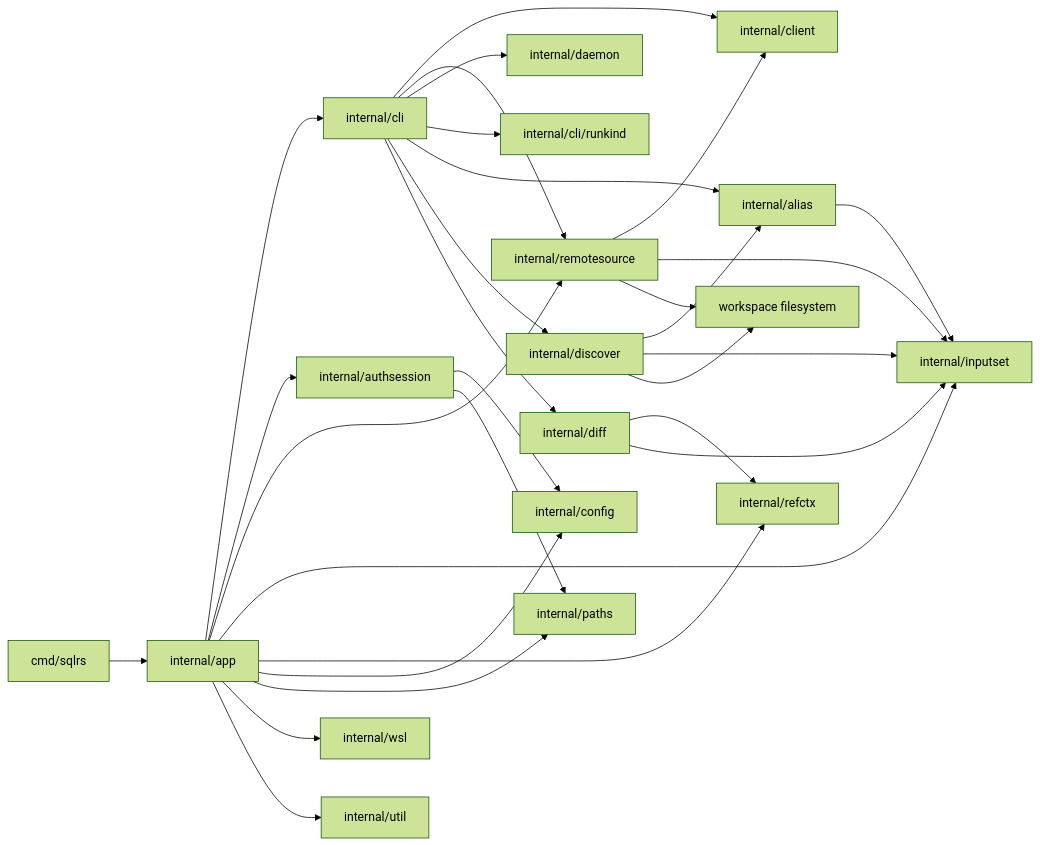
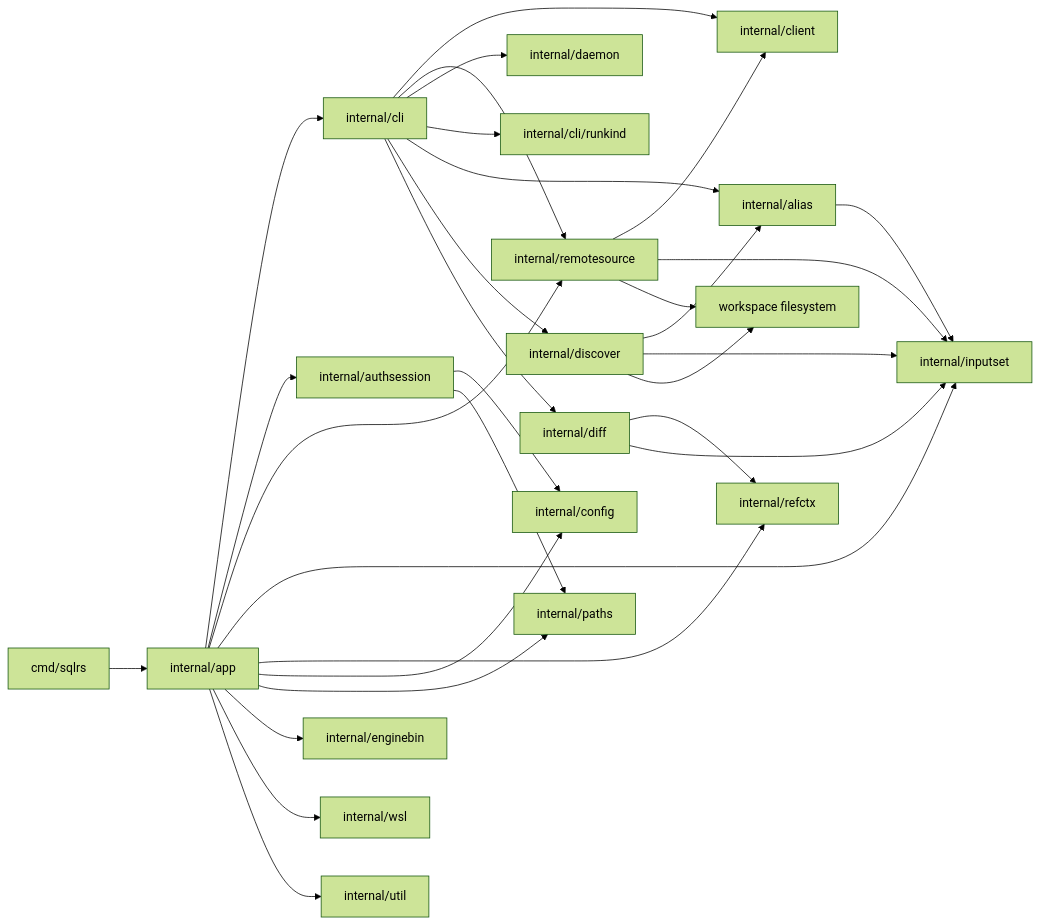
One commit to kimak-irmagi/sqlrs changed the diagram in docs/architecture/cli-component-structure.RU.md. Above: the diagram before and after it, drawn with Mermaid (forest theme). The commit also changed other lines of this file and 16 other files, not shown here.

Commit message:
Define engine discovery architecture

````diff
--- a/docs/architecture/cli-component-structure.RU.md
+++ b/docs/architecture/cli-component-structure.RU.md
@@ -202,50 +207,52 @@
 ```mermaid
 flowchart LR
   CMD["cmd/sqlrs"]
   APP["internal/app"]
   CLI["internal/cli"]
   AUTH["internal/authsession"]
   REMOTESOURCE["internal/remotesource"]
   INPUTSET["internal/inputset"]
   ALIAS["internal/alias"]
   DISCOVER["internal/discover"]
   REFCTX["internal/refctx"]
   DIFF["internal/diff"]
   RUNKIND["internal/cli/runkind"]
   CLIENT["internal/client"]
   DAEMON["internal/daemon"]
   CONFIG["internal/config"]
   PATHS["internal/paths"]
+  ENGINEBIN["internal/enginebin"]
   WSL["internal/wsl"]
   UTIL["internal/util"]
   FS["workspace filesystem"]
 
   CMD --> APP
   APP --> CLI
   APP --> AUTH
   APP --> REMOTESOURCE
   APP --> INPUTSET
   APP --> REFCTX
   APP --> CONFIG
   APP --> PATHS
+  APP --> ENGINEBIN
   APP --> WSL
   APP --> UTIL
   AUTH --> CONFIG
   AUTH --> PATHS
   CLI --> CLIENT
   CLI --> REMOTESOURCE
   CLI --> DAEMON
   CLI --> RUNKIND
   CLI --> ALIAS
   CLI --> DISCOVER
   CLI --> DIFF
   REMOTESOURCE --> CLIENT
   REMOTESOURCE --> INPUTSET
   REMOTESOURCE --> FS
   DIFF --> REFCTX
   ALIAS --> INPUTSET
   DISCOVER --> ALIAS
   DISCOVER --> INPUTSET
   DISCOVER --> FS
   DIFF --> INPUTSET
 ```
````
